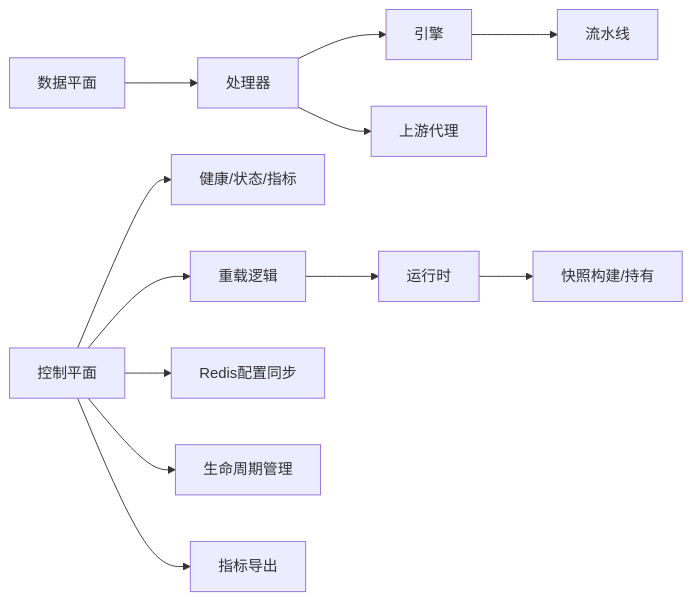
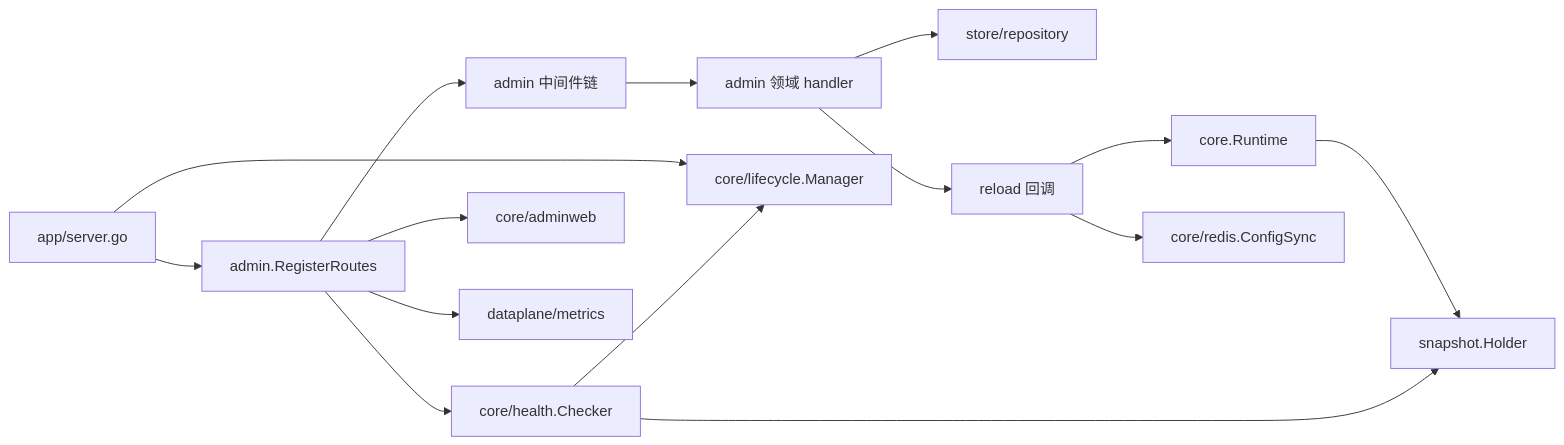
Before and after one commit to x01n/My-OpenWaf: the sixth of 6 diagrams in docs/系统架构设计/控制面设计.md, drawn with Mermaid. The commit also changed other lines of this file and 622 other files, not shown here.

````diff
--- a/docs/系统架构设计/控制面设计.md
+++ b/docs/系统架构设计/控制面设计.md
@@ -285,14 +426,17 @@
 ```mermaid
 graph LR
-Admin["控制平面"] --> Health["健康/状态/指标"]
-Admin --> Reload["重载逻辑"]
-Reload --> Runtime["运行时"]
-Runtime --> Snapshot["快照构建/持有"]
-DataPlane["数据平面"] --> Handler["处理器"]
-Handler --> Engine["引擎"]
-Engine --> Pipeline["流水线"]
-Handler --> Proxy["上游代理"]
-Admin --> Redis["Redis配置同步"]
-Admin --> Life["生命周期管理"]
-Admin --> Metrics["指标导出"]
+  APP["app/server.go"] --> ADM["admin.RegisterRoutes"]
+  ADM --> MW["admin 中间件链"]
+  MW --> DOM["admin 领域 handler"]
+  DOM --> REPO["store/repository"]
+  DOM --> RL["reload 回调"]
+  RL --> RT["core.Runtime"]
+  RT --> SH["snapshot.Holder"]
+  RL --> PUB["core/redis.ConfigSync"]
+  ADM --> HC["core/health.Checker"]
+  APP --> LM["core/lifecycle.Manager"]
+  HC --> LM
+  HC --> SH
+  ADM --> WEB["core/adminweb"]
+  ADM --> MET["dataplane/metrics"]
 ```
````
